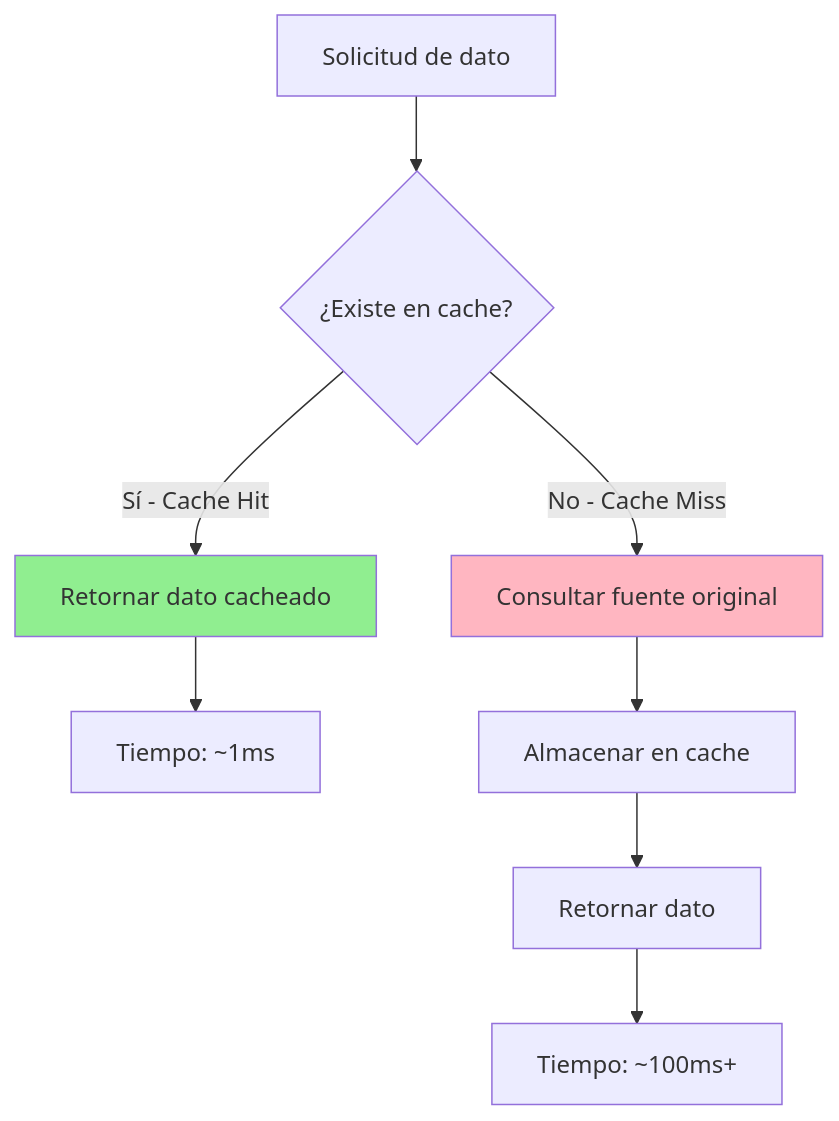
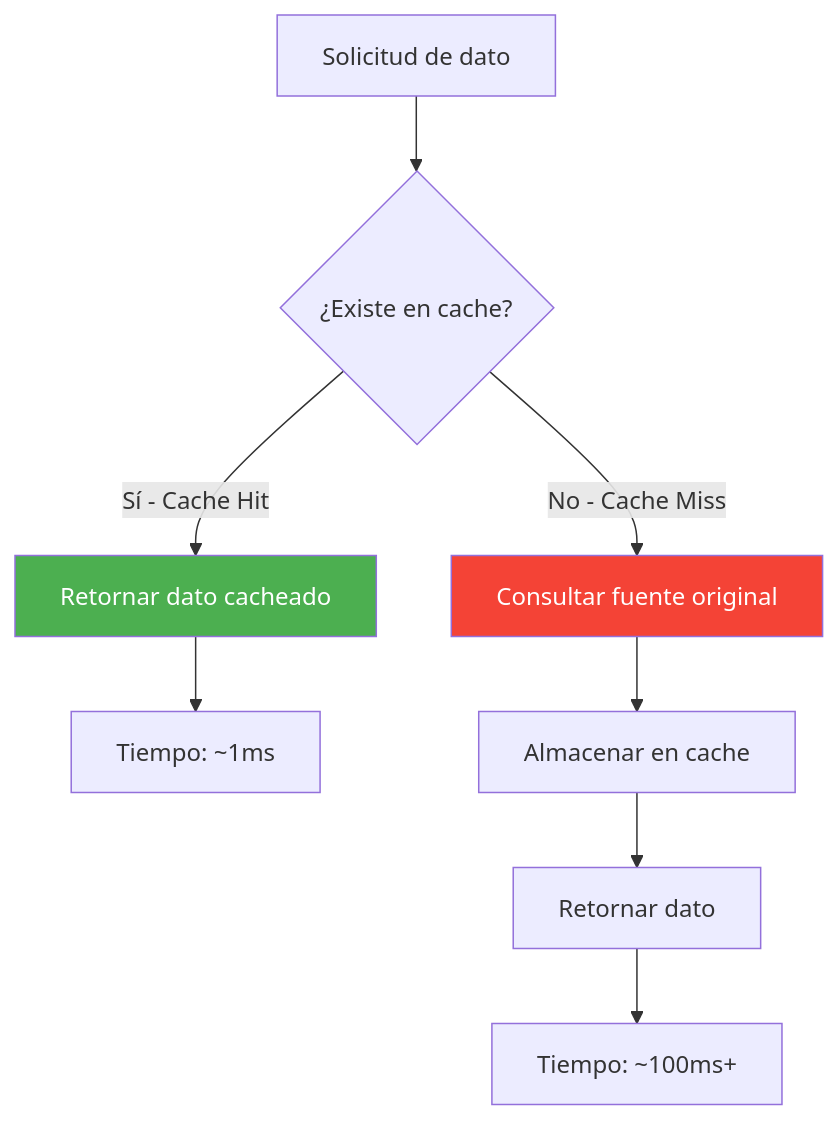
The first of 6 diagrams in doc/11-redis-caching.md (joseluisgs/TiendaDawApi-NetCore), drawn with Mermaid before and after one commit. The commit also changed 6 other files, not shown here.

Commit message:
docs: Corregir colores de diagramas Mermaid y comentarios en Program.cs

````diff
--- a/doc/11-redis-caching.md
+++ b/doc/11-redis-caching.md
@@ -27,15 +27,15 @@
 ```mermaid
 flowchart TD
     A["Solicitud de dato"] --> B{"¿Existe en cache?"}
     
     B -->|Sí - Cache Hit| C["Retornar dato cacheado"]
     C --> D["Tiempo: ~1ms"]
     
     B -->|No - Cache Miss| E["Consultar fuente original"]
     E --> F["Almacenar en cache"]
     F --> G["Retornar dato"]
     G --> H["Tiempo: ~100ms+"]
     
-    style C fill:#90EE90
-    style E fill:#FFB6C1
+    style C fill:#4CAF50,color:#ffffff
+    style E fill:#F44336,color:#ffffff
 ```
````
